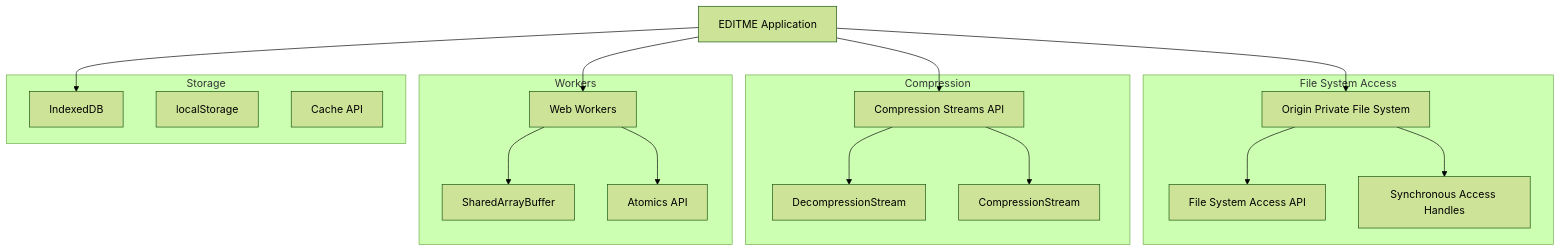
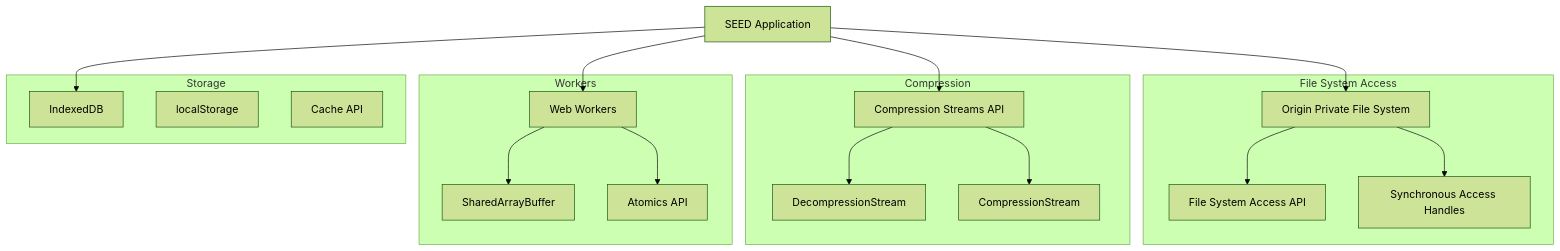
One commit to stewarthaines/seed-html changed the seventh of 7 diagrams in ARCHITECTURE.md. Above: the diagram before and after it, drawn with Mermaid (forest theme). The commit also changed other lines of this file and 4 other files, not shown here.

````diff
--- a/ARCHITECTURE.md
+++ b/ARCHITECTURE.md
@@ -462,38 +462,38 @@
 ```mermaid
 graph TB
     subgraph "File System Access"
         OPFS[Origin Private File System]
         FSA_API[File System Access API]
         SAH[Synchronous Access Handles]
     end
 
     subgraph "Compression"
         CS[Compression Streams API]
         DC[DecompressionStream]
         CC[CompressionStream]
     end
 
     subgraph "Workers"
         WW[Web Workers]
         SAB[SharedArrayBuffer]
         Atomics[Atomics API]
     end
 
     subgraph "Storage"
         IDB[IndexedDB]
         LS[localStorage]
         Cache[Cache API]
     end
 
-    App[EDITME Application] --> OPFS
+    App[SEED Application] --> OPFS
     App --> CS
     App --> WW
     App --> IDB
 
     OPFS --> FSA_API
     OPFS --> SAH
     CS --> DC
     CS --> CC
     WW --> SAB
     WW --> Atomics
 ```
````
